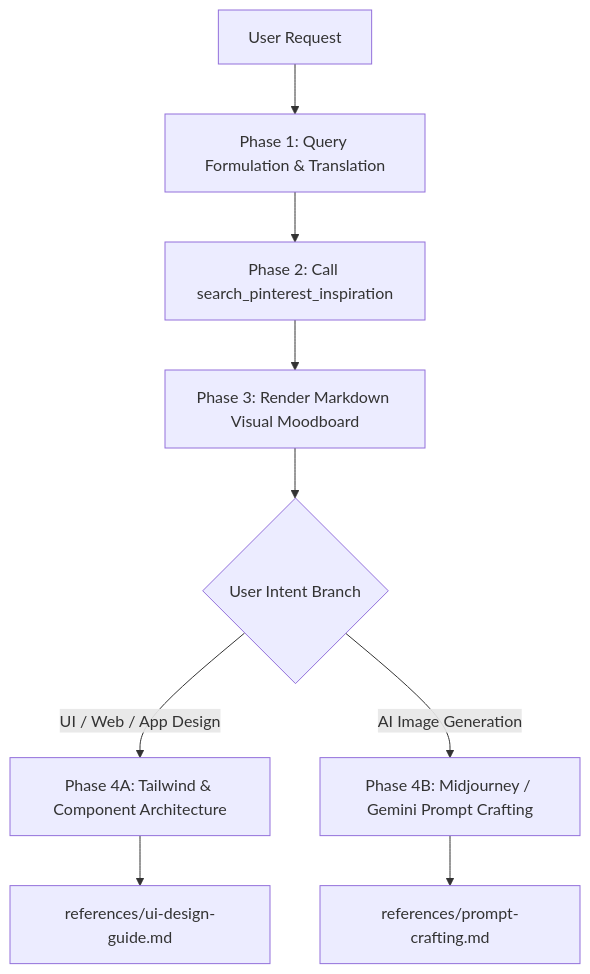
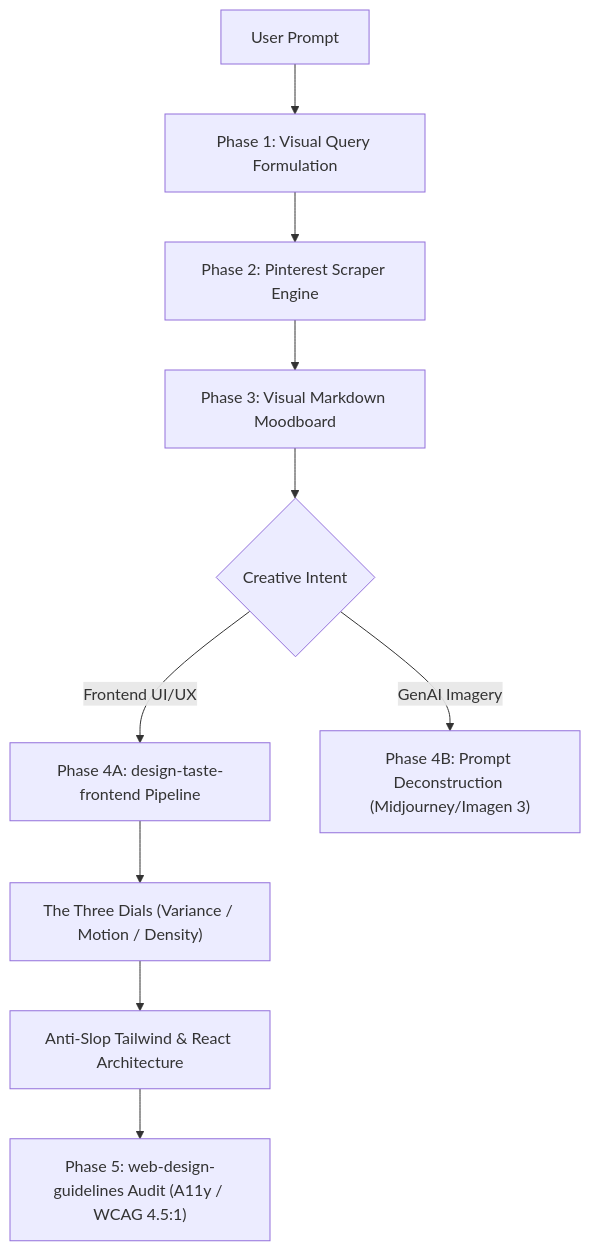
Before and after one commit to khanhnkq/pinterest-inspired-plugin: the diagram in skills/pinterest-inspiration/SKILL.md, drawn with Mermaid. The commit also changed other lines of this file and 12 other files, not shown here.

Commit message:
feat(plugin): bundle native design-taste-frontend and web-design-guidelines skills with 100% English documentation and showcase

````diff
--- a/skills/pinterest-inspiration/SKILL.md
+++ b/skills/pinterest-inspiration/SKILL.md
@@ -62,11 +63,12 @@
 ```mermaid
 flowchart TD
-    A[User Request] --> B[Phase 1: Query Formulation & Translation]
-    B --> C[Phase 2: Call search_pinterest_inspiration]
-    C --> D[Phase 3: Render Markdown Visual Moodboard]
-    D --> E{User Intent Branch}
-    E -->|UI / Web / App Design| F[Phase 4A: Tailwind & Component Architecture]
-    E -->|AI Image Generation| G[Phase 4B: Midjourney / Gemini Prompt Crafting]
-    F --> H[references/ui-design-guide.md]
-    G --> I[references/prompt-crafting.md]
+    User["User Prompt"] --> Phase1["Phase 1: Visual Query Formulation"]
+    Phase1 --> Phase2["Phase 2: Pinterest Scraper Engine"]
+    Phase2 --> Phase3["Phase 3: Visual Markdown Moodboard"]
+    Phase3 --> Branch{"Creative Intent"}
+    Branch -->|Frontend UI/UX| Phase4A["Phase 4A: design-taste-frontend Pipeline"]
+    Phase4A --> Dial["The Three Dials (Variance / Motion / Density)"]
+    Dial --> Code["Anti-Slop Tailwind & React Architecture"]
+    Code --> Audit["Phase 5: web-design-guidelines Audit (A11y / WCAG 4.5:1)"]
+    Branch -->|GenAI Imagery| Phase4B["Phase 4B: Prompt Deconstruction (Midjourney/Imagen 3)"]
 ```
````
